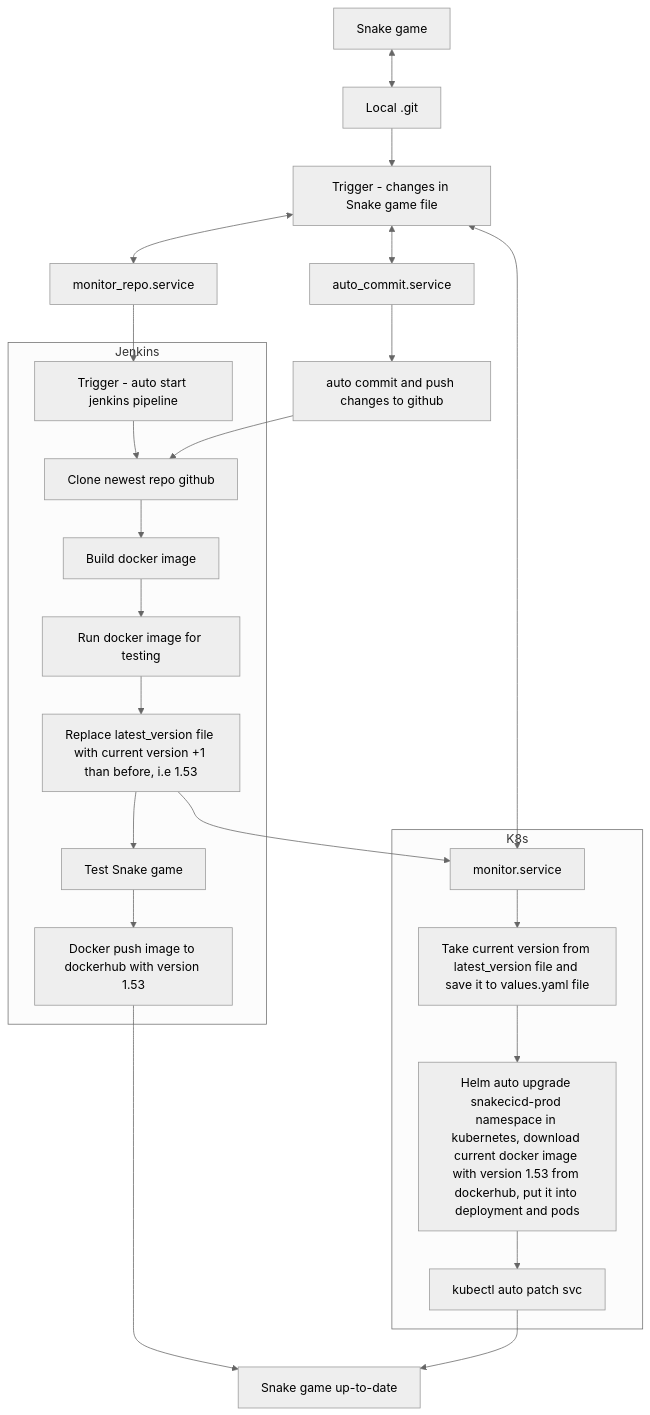
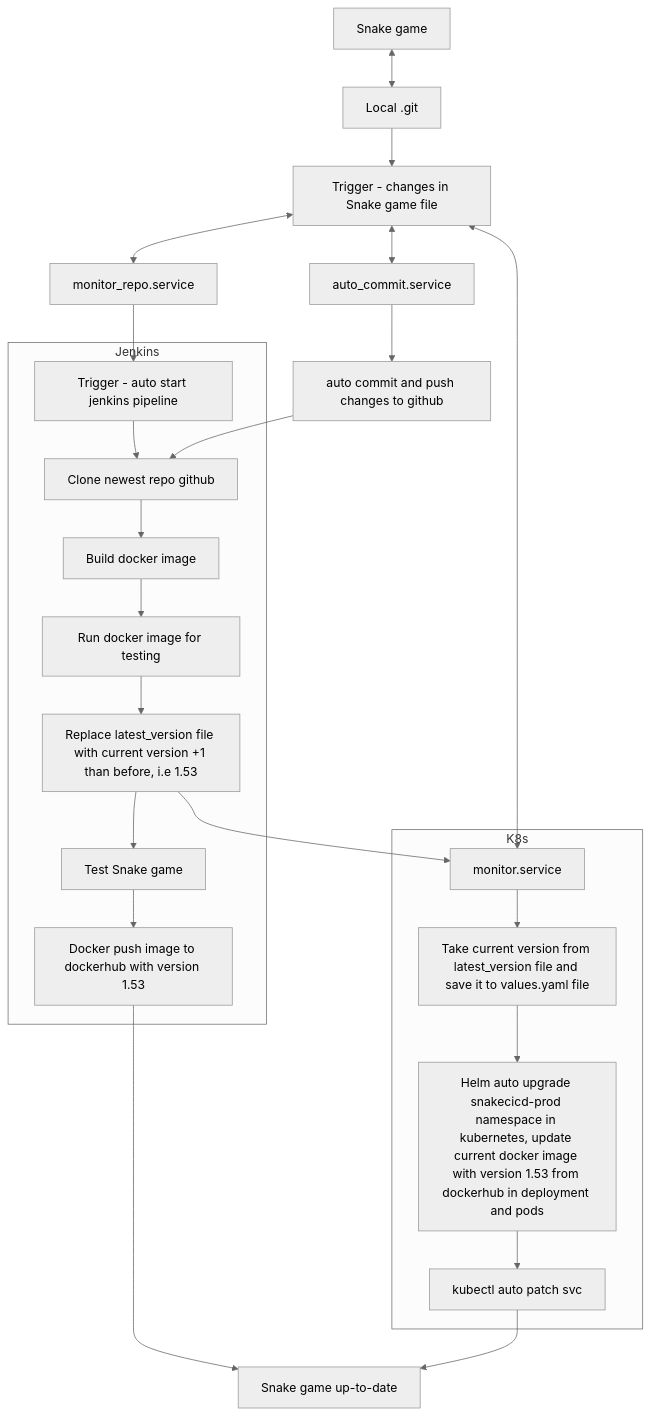
One commit to DanyAAD90/snakecicd changed the diagram in README.md. Above: the diagram before and after it, drawn with Mermaid (neutral theme).

Commit message:
Updated file: /home/tms_master_1/snake/.git/index.lock

````diff
--- a/README.md
+++ b/README.md
@@ -18,27 +18,27 @@
 ```mermaid
 flowchart TD
 A1[Snake game] <--> A[Local .git]
 E <--> B[auto_commit.service]
 E <--> C[monitor_repo.service]
 E <--> D[monitor.service]
 A --> E[Trigger - changes in Snake game file]
 B --> F[auto commit and push changes to github]
 C --> G[Trigger - auto start jenkins pipeline]
 subgraph Jenkins
 G --> H[Clone newest repo github]
 H --> I[Build docker image]
 I --> J[Run docker image for testing]
 J --> K[Replace latest_version file with current version +1 than before, i.e 1.53]
 K --> L[Test Snake game]
 L --> M[Docker push image to dockerhub with version 1.53]
 end
 subgraph K8s
 D --> N[Take current version from latest_version file and save it to values.yaml file]
-N --> O[Helm auto upgrade snakecicd-prod namespace in kubernetes, download current docker image with version 1.53 from dockerhub, put it into deployment and pods]
+N --> O[Helm auto upgrade snakecicd-prod namespace in kubernetes, update current docker image with version 1.53 from dockerhub in deployment and pods]
 O --> P[kubectl auto patch svc]
 end
 M --> R[Snake game up-to-date]
 F --> H
 P --> R
 K --> D
 ```
````
